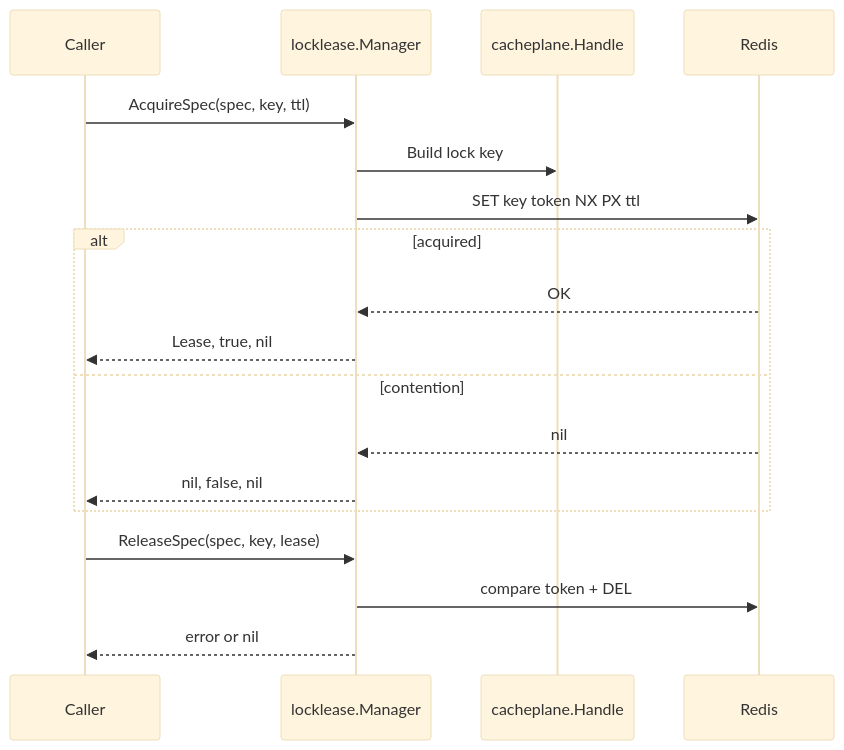
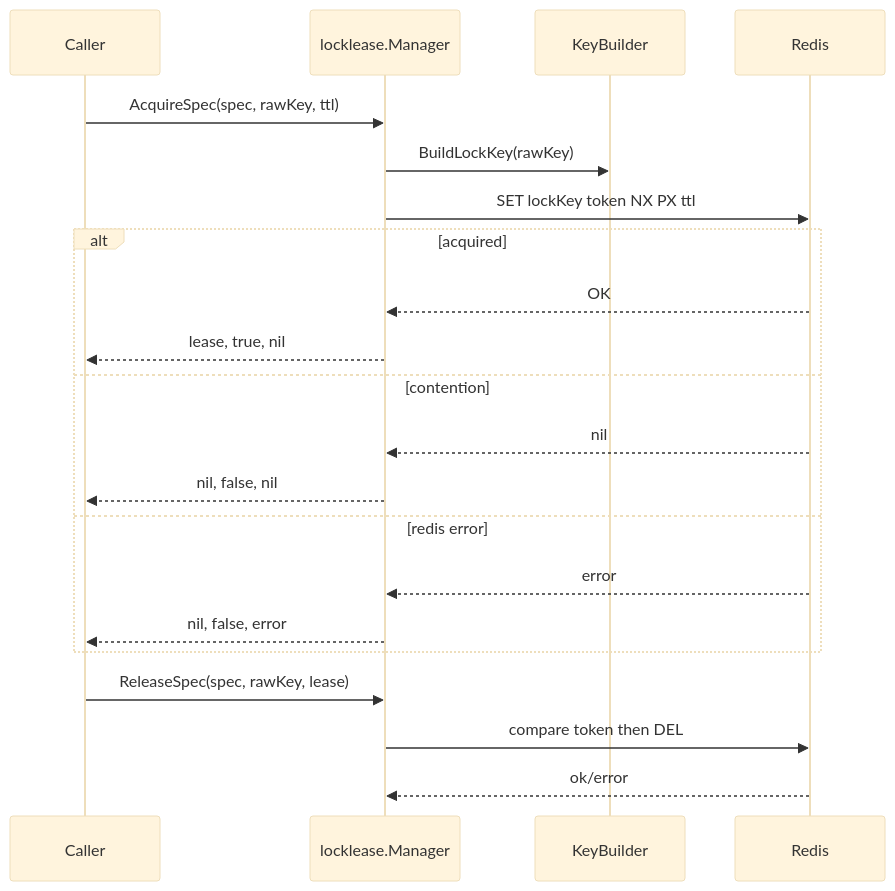
Before and after one commit to FangcunMount/qs-server: the second of 4 diagrams in docs/03-基础设施/redis/06-Redis分布式锁层.md, drawn with Mermaid (base theme). The commit also changed other lines of this file and 10 other files, not shown here.

````diff
--- a/docs/03-基础设施/redis/06-Redis分布式锁层.md
+++ b/docs/03-基础设施/redis/06-Redis分布式锁层.md
@@ -17,21 +227,25 @@
 ```mermaid
 sequenceDiagram
     participant Caller
     participant M as locklease.Manager
-    participant H as cacheplane.Handle
+    participant B as KeyBuilder
     participant R as Redis
 
-    Caller->>M: AcquireSpec(spec, key, ttl)
-    M->>H: Build lock key
-    M->>R: SET key token NX PX ttl
+    Caller->>M: AcquireSpec(spec, rawKey, ttl)
+    M->>B: BuildLockKey(rawKey)
+    M->>R: SET lockKey token NX PX ttl
     alt acquired
         R-->>M: OK
-        M-->>Caller: Lease, true, nil
+        M-->>Caller: lease, true, nil
     else contention
         R-->>M: nil
         M-->>Caller: nil, false, nil
+    else redis error
+        R-->>M: error
+        M-->>Caller: nil, false, error
     end
-    Caller->>M: ReleaseSpec(spec, key, lease)
-    M->>R: compare token + DEL
-    M-->>Caller: error or nil
+
+    Caller->>M: ReleaseSpec(spec, rawKey, lease)
+    M->>R: compare token then DEL
+    R-->>M: ok/error
 ```
````
